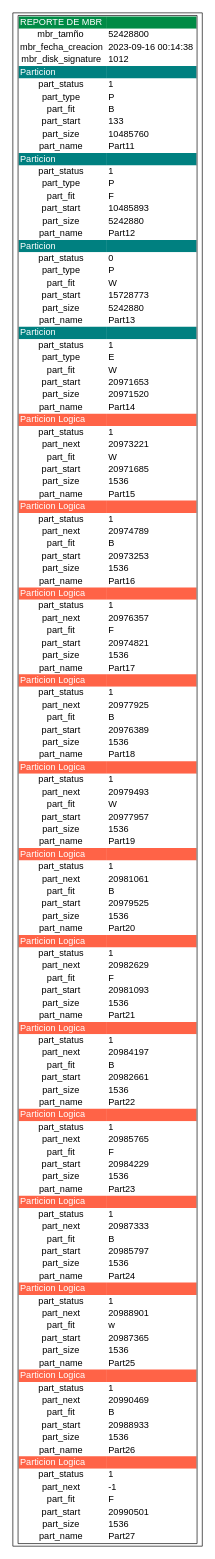
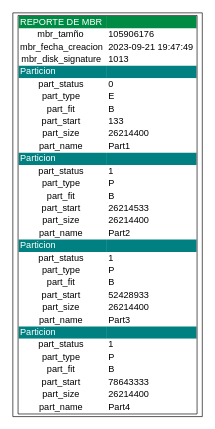
Before and after one commit to luis-tavico/MIA_2SP1_202000562: the diagram in reportes/reporte_mbr.dot, drawn with Graphviz. The commit also changed 72 other files, not shown here.

```diff
--- a/reportes/reporte_mbr.dot
+++ b/reportes/reporte_mbr.dot
@@ -8,15 +8,43 @@
         </tr>
         <tr>
             <td bgcolor="white" align="center"> mbr_tamño </td>
-            <td bgcolor="white" align="left"> 52428800 </td>
+            <td bgcolor="white" align="left"> 105906176 </td>
         </tr>
         <tr>
             <td bgcolor="white" align="center"> mbr_fecha_creacion </td>
-            <td bgcolor="white" align="left"> 2023-09-16 00:14:38 </td>
+            <td bgcolor="white" align="left"> 2023-09-21 19:47:49 </td>
         </tr>
         <tr>
             <td bgcolor="white" align="center"> mbr_disk_signature </td>
-            <td bgcolor="white" align="left"> 1012 </td>
+            <td bgcolor="white" align="left"> 1013 </td>
+        </tr>
+        <tr>
+            <td bgcolor="teal" align="left"><font color="white"> Particion </font></td>
+            <td bgcolor="teal" align="left"><font color="white"> </font></td>
+        </tr>
+        <tr>
+            <td bgcolor="white" align="center"> part_status </td>
+            <td bgcolor="white" align="left"> 0 </td>
+        </tr>
+        <tr>
+            <td bgcolor="white" align="center"> part_type </td>
+            <td bgcolor="white" align="left"> E </td>
+        </tr>
+        <tr>
+            <td bgcolor="white" align="center"> part_fit </td>
+            <td bgcolor="white" align="left"> B </td>
+        </tr>
+        <tr>
+            <td bgcolor="white" align="center"> part_start </td>
+            <td bgcolor="white" align="left"> 133 </td>
+        </tr>
+        <tr>
+            <td bgcolor="white" align="center"> part_size </td>
+            <td bgcolor="white" align="left"> 26214400 </td>
+        </tr>
+        <tr>
+            <td bgcolor="white" align="center"> part_name </td>
+            <td bgcolor="white" align="left"> Part1 </td>
         </tr>
         <tr>
             <td bgcolor="teal" align="left"><font color="white"> Particion </font></td>
@@ -36,15 +64,15 @@
         </tr>
         <tr>
             <td bgcolor="white" align="center"> part_start </td>
-            <td bgcolor="white" align="left"> 133 </td>
+            <td bgcolor="white" align="left"> 26214533 </td>
         </tr>
         <tr>
             <td bgcolor="white" align="center"> part_size </td>
-            <td bgcolor="white" align="left"> 10485760 </td>
+            <td bgcolor="white" align="left"> 26214400 </td>
         </tr>
         <tr>
             <td bgcolor="white" align="center"> part_name </td>
-            <td bgcolor="white" align="left"> Part11 </td>
+            <td bgcolor="white" align="left"> Part2 </td>
         </tr>
         <tr>
             <td bgcolor="teal" align="left"><font color="white"> Particion </font></td>
@@ -60,47 +88,19 @@
         </tr>
         <tr>
             <td bgcolor="white" align="center"> part_fit </td>
-            <td bgcolor="white" align="left"> F </td>
+            <td bgcolor="white" align="left"> B </td>
         </tr>
         <tr>
             <td bgcolor="white" align="center"> part_start </td>
-            <td bgcolor="white" align="left"> 10485893 </td>
+            <td bgcolor="white" align="left"> 52428933 </td>
         </tr>
         <tr>
             <td bgcolor="white" align="center"> part_size </td>
-            <td bgcolor="white" align="left"> 5242880 </td>
+            <td bgcolor="white" align="left"> 26214400 </td>
         </tr>
         <tr>
             <td bgcolor="white" align="center"> part_name </td>
-            <td bgcolor="white" align="left"> Part12 </td>
-        </tr>
-        <tr>
-            <td bgcolor="teal" align="left"><font color="white"> Particion </font></td>
-            <td bgcolor="teal" align="left"><font color="white"> </font></td>
-        </tr>
-        <tr>
-            <td bgcolor="white" align="center"> part_status </td>
-            <td bgcolor="white" align="left"> 0 </td>
-        </tr>
-        <tr>
-            <td bgcolor="white" align="center"> part_type </td>
-            <td bgcolor="white" align="left"> P </td>
-        </tr>
-        <tr>
-            <td bgcolor="white" align="center"> part_fit </td>
-            <td bgcolor="white" align="left"> W </td>
-        </tr>
-        <tr>
-            <td bgcolor="white" align="center"> part_start </td>
-            <td bgcolor="white" align="left"> 15728773 </td>
-        </tr>
-        <tr>
-            <td bgcolor="white" align="center"> part_size </td>
-            <td bgcolor="white" align="left"> 5242880 </td>
-        </tr>
-        <tr>
-            <td bgcolor="white" align="center"> part_name </td>
-            <td bgcolor="white" align="left"> Part13 </td>
+            <td bgcolor="white" align="left"> Part3 </td>
         </tr>
         <tr>
             <td bgcolor="teal" align="left"><font color="white"> Particion </font></td>
@@ -112,63 +112,7 @@
         </tr>
         <tr>
             <td bgcolor="white" align="center"> part_type </td>
-            <td bgcolor="white" align="left"> E </td>
-        </tr>
-        <tr>
-            <td bgcolor="white" align="center"> part_fit </td>
-            <td bgcolor="white" align="left"> W </td>
-        </tr>
-        <tr>
-            <td bgcolor="white" align="center"> part_start </td>
-            <td bgcolor="white" align="left"> 20971653 </td>
-        </tr>
-        <tr>
-            <td bgcolor="white" align="center"> part_size </td>
-            <td bgcolor="white" align="left"> 20971520 </td>
-        </tr>
-        <tr>
-            <td bgcolor="white" align="center"> part_name </td>
-            <td bgcolor="white" align="left"> Part14 </td>
-        </tr>
-        <tr>
-            <td bgcolor="tomato" align="left"><font color="white"> Particion Logica </font></td>
-            <td bgcolor="tomato" align="left"><font color="white"> </font></td>
-        </tr>
-        <tr>
-            <td bgcolor="white" align="center"> part_status </td>
-            <td bgcolor="white" align="left"> 1 </td>
-        </tr>
-        <tr>
-            <td bgcolor="white" align="center"> part_next </td>
-            <td bgcolor="white" align="left"> 20973221 </td>
-        </tr>
-        <tr>
-            <td bgcolor="white" align="center"> part_fit </td>
-            <td bgcolor="white" align="left"> W </td>
-        </tr>
-        <tr>
-            <td bgcolor="white" align="center"> part_start </td>
-            <td bgcolor="white" align="left"> 20971685 </td>
-        </tr>
-        <tr>
-            <td bgcolor="white" align="center"> part_size </td>
-            <td bgcolor="white" align="left"> 1536 </td>
-        </tr>
-        <tr>
-            <td bgcolor="white" align="center"> part_name </td>
-            <td bgcolor="white" align="left"> Part15 </td>
-        </tr>
-        <tr>
-            <td bgcolor="tomato" align="left"><font color="white"> Particion Logica </font></td>
-            <td bgcolor="tomato" align="left"><font color="white"> </font></td>
-        </tr>
-        <tr>
-            <td bgcolor="white" align="center"> part_status </td>
-            <td bgcolor="white" align="left"> 1 </td>
-        </tr>
-        <tr>
-            <td bgcolor="white" align="center"> part_next </td>
-            <td bgcolor="white" align="left"> 20974789 </td>
+            <td bgcolor="white" align="left"> P </td>
         </tr>
         <tr>
             <td bgcolor="white" align="center"> part_fit </td>
@@ -176,323 +120,15 @@
         </tr>
         <tr>
             <td bgcolor="white" align="center"> part_start </td>
-            <td bgcolor="white" align="left"> 20973253 </td>
+            <td bgcolor="white" align="left"> 78643333 </td>
         </tr>
         <tr>
             <td bgcolor="white" align="center"> part_size </td>
-            <td bgcolor="white" align="left"> 1536 </td>
+            <td bgcolor="white" align="left"> 26214400 </td>
         </tr>
         <tr>
             <td bgcolor="white" align="center"> part_name </td>
-            <td bgcolor="white" align="left"> Part16 </td>
-        </tr>
-        <tr>
-            <td bgcolor="tomato" align="left"><font color="white"> Particion Logica </font></td>
-            <td bgcolor="tomato" align="left"><font color="white"> </font></td>
-        </tr>
-        <tr>
-            <td bgcolor="white" align="center"> part_status </td>
-            <td bgcolor="white" align="left"> 1 </td>
-        </tr>
-        <tr>
-            <td bgcolor="white" align="center"> part_next </td>
-            <td bgcolor="white" align="left"> 20976357 </td>
-        </tr>
-        <tr>
-            <td bgcolor="white" align="center"> part_fit </td>
-            <td bgcolor="white" align="left"> F </td>
-        </tr>
-        <tr>
-            <td bgcolor="white" align="center"> part_start </td>
-            <td bgcolor="white" align="left"> 20974821 </td>
-        </tr>
-        <tr>
-            <td bgcolor="white" align="center"> part_size </td>
-            <td bgcolor="white" align="left"> 1536 </td>
-        </tr>
-        <tr>
-            <td bgcolor="white" align="center"> part_name </td>
-            <td bgcolor="white" align="left"> Part17 </td>
-        </tr>
-        <tr>
-            <td bgcolor="tomato" align="left"><font color="white"> Particion Logica </font></td>
-            <td bgcolor="tomato" align="left"><font color="white"> </font></td>
-        </tr>
-        <tr>
-            <td bgcolor="white" align="center"> part_status </td>
-            <td bgcolor="white" align="left"> 1 </td>
-        </tr>
-        <tr>
-            <td bgcolor="white" align="center"> part_next </td>
-            <td bgcolor="white" align="left"> 20977925 </td>
-        </tr>
-        <tr>
-            <td bgcolor="white" align="center"> part_fit </td>
-            <td bgcolor="white" align="left"> B </td>
-        </tr>
-        <tr>
-            <td bgcolor="white" align="center"> part_start </td>
-            <td bgcolor="white" align="left"> 20976389 </td>
-        </tr>
-        <tr>
-            <td bgcolor="white" align="center"> part_size </td>
-            <td bgcolor="white" align="left"> 1536 </td>
-        </tr>
-        <tr>
-            <td bgcolor="white" align="center"> part_name </td>
-            <td bgcolor="white" align="left"> Part18 </td>
-        </tr>
-        <tr>
-            <td bgcolor="tomato" align="left"><font color="white"> Particion Logica </font></td>
-            <td bgcolor="tomato" align="left"><font color="white"> </font></td>
-        </tr>
-        <tr>
-            <td bgcolor="white" align="center"> part_status </td>
-            <td bgcolor="white" align="left"> 1 </td>
-        </tr>
-        <tr>
-            <td bgcolor="white" align="center"> part_next </td>
-            <td bgcolor="white" align="left"> 20979493 </td>
-        </tr>
-        <tr>
-            <td bgcolor="white" align="center"> part_fit </td>
-            <td bgcolor="white" align="left"> W </td>
-        </tr>
-        <tr>
-            <td bgcolor="white" align="center"> part_start </td>
-            <td bgcolor="white" align="left"> 20977957 </td>
-        </tr>
-        <tr>
-            <td bgcolor="white" align="center"> part_size </td>
-            <td bgcolor="white" align="left"> 1536 </td>
-        </tr>
-        <tr>
-            <td bgcolor="white" align="center"> part_name </td>
-            <td bgcolor="white" align="left"> Part19 </td>
-        </tr>
-        <tr>
-            <td bgcolor="tomato" align="left"><font color="white"> Particion Logica </font></td>
-            <td bgcolor="tomato" align="left"><font color="white"> </font></td>
-        </tr>
-        <tr>
-            <td bgcolor="white" align="center"> part_status </td>
-            <td bgcolor="white" align="left"> 1 </td>
-        </tr>
-        <tr>
-            <td bgcolor="white" align="center"> part_next </td>
-            <td bgcolor="white" align="left"> 20981061 </td>
-        </tr>
-        <tr>
-            <td bgcolor="white" align="center"> part_fit </td>
-            <td bgcolor="white" align="left"> B </td>
-        </tr>
-        <tr>
-            <td bgcolor="white" align="center"> part_start </td>
-            <td bgcolor="white" align="left"> 20979525 </td>
-        </tr>
-        <tr>
-            <td bgcolor="white" align="center"> part_size </td>
-            <td bgcolor="white" align="left"> 1536 </td>
-        </tr>
-        <tr>
-            <td bgcolor="white" align="center"> part_name </td>
-            <td bgcolor="white" align="left"> Part20 </td>
-        </tr>
-        <tr>
-            <td bgcolor="tomato" align="left"><font color="white"> Particion Logica </font></td>
-            <td bgcolor="tomato" align="left"><font color="white"> </font></td>
-        </tr>
-        <tr>
-            <td bgcolor="white" align="center"> part_status </td>
-            <td bgcolor="white" align="left"> 1 </td>
-        </tr>
-        <tr>
-            <td bgcolor="white" align="center"> part_next </td>
-            <td bgcolor="white" align="left"> 20982629 </td>
-        </tr>
-        <tr>
-            <td bgcolor="white" align="center"> part_fit </td>
-            <td bgcolor="white" align="left"> F </td>
-        </tr>
-        <tr>
-            <td bgcolor="white" align="center"> part_start </td>
-            <td bgcolor="white" align="left"> 20981093 </td>
-        </tr>
-        <tr>
-            <td bgcolor="white" align="center"> part_size </td>
-            <td bgcolor="white" align="left"> 1536 </td>
-        </tr>
-        <tr>
-            <td bgcolor="white" align="center"> part_name </td>
-            <td bgcolor="white" align="left"> Part21 </td>
-        </tr>
-        <tr>
-            <td bgcolor="tomato" align="left"><font color="white"> Particion Logica </font></td>
-            <td bgcolor="tomato" align="left"><font color="white"> </font></td>
-        </tr>
-        <tr>
-            <td bgcolor="white" align="center"> part_status </td>
-            <td bgcolor="white" align="left"> 1 </td>
-        </tr>
-        <tr>
-            <td bgcolor="white" align="center"> part_next </td>
-            <td bgcolor="white" align="left"> 20984197 </td>
-        </tr>
-        <tr>
-            <td bgcolor="white" align="center"> part_fit </td>
-            <td bgcolor="white" align="left"> B </td>
-        </tr>
-        <tr>
-            <td bgcolor="white" align="center"> part_start </td>
-            <td bgcolor="white" align="left"> 20982661 </td>
-        </tr>
-        <tr>
-            <td bgcolor="white" align="center"> part_size </td>
-            <td bgcolor="white" align="left"> 1536 </td>
-        </tr>
-        <tr>
-            <td bgcolor="white" align="center"> part_name </td>
-            <td bgcolor="white" align="left"> Part22 </td>
-        </tr>
-        <tr>
-            <td bgcolor="tomato" align="left"><font color="white"> Particion Logica </font></td>
-            <td bgcolor="tomato" align="left"><font color="white"> </font></td>
-        </tr>
-        <tr>
-            <td bgcolor="white" align="center"> part_status </td>
-            <td bgcolor="white" align="left"> 1 </td>
-        </tr>
-        <tr>
-            <td bgcolor="white" align="center"> part_next </td>
-            <td bgcolor="white" align="left"> 20985765 </td>
-        </tr>
-        <tr>
-            <td bgcolor="white" align="center"> part_fit </td>
-            <td bgcolor="white" align="left"> F </td>
-        </tr>
-        <tr>
-            <td bgcolor="white" align="center"> part_start </td>
-            <td bgcolor="white" align="left"> 20984229 </td>
-        </tr>
-        <tr>
-            <td bgcolor="white" align="center"> part_size </td>
-            <td bgcolor="white" align="left"> 1536 </td>
-        </tr>
-        <tr>
-            <td bgcolor="white" align="center"> part_name </td>
-            <td bgcolor="white" align="left"> Part23 </td>
-        </tr>
-        <tr>
-            <td bgcolor="tomato" align="left"><font color="white"> Particion Logica </font></td>
-            <td bgcolor="tomato" align="left"><font color="white"> </font></td>
-        </tr>
-        <tr>
-            <td bgcolor="white" align="center"> part_status </td>
-            <td bgcolor="white" align="left"> 1 </td>
-        </tr>
-        <tr>
-            <td bgcolor="white" align="center"> part_next </td>
-            <td bgcolor="white" align="left"> 20987333 </td>
-        </tr>
-        <tr>
-            <td bgcolor="white" align="center"> part_fit </td>
-            <td bgcolor="white" align="left"> B </td>
-        </tr>
-        <tr>
-            <td bgcolor="white" align="center"> part_start </td>
-            <td bgcolor="white" align="left"> 20985797 </td>
-        </tr>
-        <tr>
-            <td bgcolor="white" align="center"> part_size </td>
-            <td bgcolor="white" align="left"> 1536 </td>
-        </tr>
-        <tr>
-            <td bgcolor="white" align="center"> part_name </td>
-            <td bgcolor="white" align="left"> Part24 </td>
-        </tr>
-        <tr>
-            <td bgcolor="tomato" align="left"><font color="white"> Particion Logica </font></td>
-            <td bgcolor="tomato" align="left"><font color="white"> </font></td>
-        </tr>
-        <tr>
-            <td bgcolor="white" align="center"> part_status </td>
-            <td bgcolor="white" align="left"> 1 </td>
-        </tr>
-        <tr>
-            <td bgcolor="white" align="center"> part_next </td>
-            <td bgcolor="white" align="left"> 20988901 </td>
-        </tr>
-        <tr>
-            <td bgcolor="white" align="center"> part_fit </td>
-            <td bgcolor="white" align="left"> w </td>
-        </tr>
-        <tr>
-            <td bgcolor="white" align="center"> part_start </td>
-            <td bgcolor="white" align="left"> 20987365 </td>
-        </tr>
-        <tr>
-            <td bgcolor="white" align="center"> part_size </td>
-            <td bgcolor="white" align="left"> 1536 </td>
-        </tr>
-        <tr>
-            <td bgcolor="white" align="center"> part_name </td>
-            <td bgcolor="white" align="left"> Part25 </td>
-        </tr>
-        <tr>
-            <td bgcolor="tomato" align="left"><font color="white"> Particion Logica </font></td>
-            <td bgcolor="tomato" align="left"><font color="white"> </font></td>
-        </tr>
-        <tr>
-            <td bgcolor="white" align="center"> part_status </td>
-            <td bgcolor="white" align="left"> 1 </td>
-        </tr>
-        <tr>
-            <td bgcolor="white" align="center"> part_next </td>
-            <td bgcolor="white" align="left"> 20990469 </td>
-        </tr>
-        <tr>
-            <td bgcolor="white" align="center"> part_fit </td>
-            <td bgcolor="white" align="left"> B </td>
-        </tr>
-        <tr>
-            <td bgcolor="white" align="center"> part_start </td>
-            <td bgcolor="white" align="left"> 20988933 </td>
-        </tr>
-        <tr>
-            <td bgcolor="white" align="center"> part_size </td>
-            <td bgcolor="white" align="left"> 1536 </td>
-        </tr>
-        <tr>
-            <td bgcolor="white" align="center"> part_name </td>
-            <td bgcolor="white" align="left"> Part26 </td>
-        </tr>
-        <tr>
-            <td bgcolor="tomato" align="left"><font color="white"> Particion Logica </font></td>
-            <td bgcolor="tomato" align="left"><font color="white"> </font></td>
-        </tr>
-        <tr>
-            <td bgcolor="white" align="center"> part_status </td>
-            <td bgcolor="white" align="left"> 1 </td>
-        </tr>
-        <tr>
-            <td bgcolor="white" align="center"> part_next </td>
-            <td bgcolor="white" align="left"> -1 </td>
-        </tr>
-        <tr>
-            <td bgcolor="white" align="center"> part_fit </td>
-            <td bgcolor="white" align="left"> F </td>
-        </tr>
-        <tr>
-            <td bgcolor="white" align="center"> part_start </td>
-            <td bgcolor="white" align="left"> 20990501 </td>
-        </tr>
-        <tr>
-            <td bgcolor="white" align="center"> part_size </td>
-            <td bgcolor="white" align="left"> 1536 </td>
-        </tr>
-        <tr>
-            <td bgcolor="white" align="center"> part_name </td>
-            <td bgcolor="white" align="left"> Part27 </td>
+            <td bgcolor="white" align="left"> Part4 </td>
         </tr>
         </table>
     >];
```
